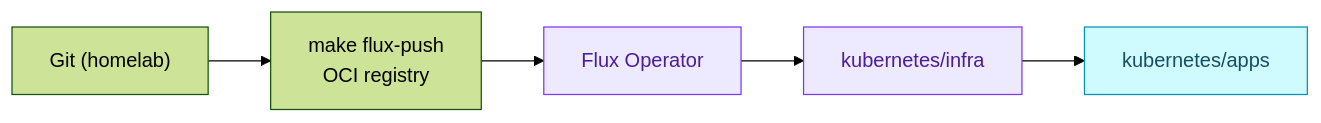
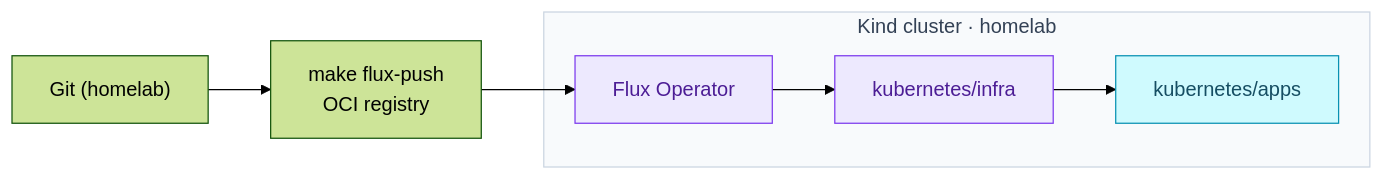
One commit to duynhlab/homelab changed the second of 2 diagrams in README.md. Above: the diagram before and after it, drawn with Mermaid (forest theme). The commit also changed other lines of this file and 23 other files, not shown here.

First line of the commit message:
docs(diagrams): draw the cluster as every diagram's outer frame

````diff
--- a/README.md
+++ b/README.md
@@ -127,10 +130,16 @@
 ```mermaid
 flowchart LR
     classDef platform fill:#ede9fe,color:#4c1d95,stroke:#7c3aed;
     classDef service fill:#cffafe,color:#164e63,stroke:#0891b2;
 
     Git["Git (homelab)"] --> Push["make flux-push<br/>OCI registry"]
-    Push --> Flux["Flux Operator"]:::platform
-    Flux --> Infra["kubernetes/infra"]:::platform
-    Infra --> Apps["kubernetes/apps"]:::service
+    subgraph Cluster ["Kind cluster · homelab"]
+        Flux["Flux Operator"]:::platform
+        Infra["kubernetes/infra"]:::platform
+        Apps["kubernetes/apps"]:::service
+    end
+    style Cluster fill:#f8fafc,stroke:#cbd5e1,color:#334155
+    Push --> Flux
+    Flux --> Infra
+    Infra --> Apps
 ```
````
